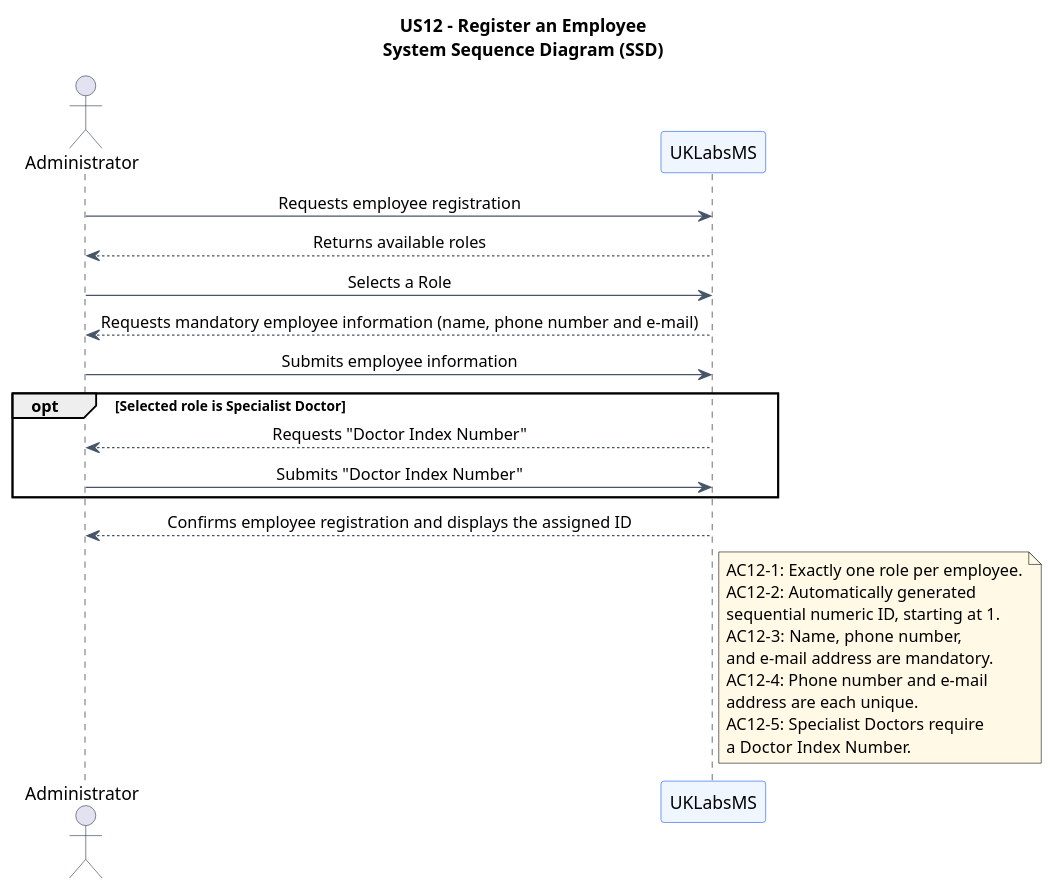
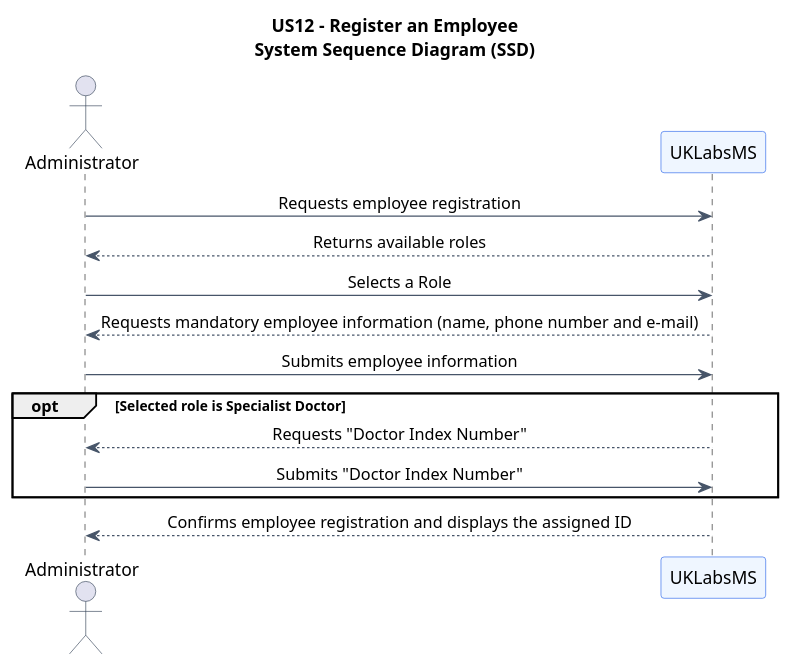
The diagram in docs/system-documentation/US12/puml/US12-SSD.puml (jmaia574/leti-esoft-26-27-B6), drawn with PlantUML before and after one commit. The commit also changed 44 other files, not shown here.

```diff
--- a/docs/system-documentation/US12/puml/US12-SSD.puml
+++ b/docs/system-documentation/US12/puml/US12-SSD.puml
@@ -1,46 +1,35 @@
 @startuml
 title US12 - Register an Employee\nSystem Sequence Diagram (SSD)
 
 skinparam backgroundColor #FFFFFF
 skinparam shadowing false
 skinparam sequenceMessageAlign center
 skinparam responseMessageBelowArrow true
 skinparam ParticipantBorderColor #2563EB
 skinparam ParticipantBackgroundColor #EFF6FF
 skinparam ActorBorderColor #334155
 skinparam ArrowColor #475569
 skinparam NoteBackgroundColor #FFF9E6
 
 actor "Administrator" as Admin
 participant "UKLabsMS" as System
 
 Admin -> System : Requests employee registration
 
 System --> Admin : Returns available roles
 
 Admin -> System : Selects a Role
 
 System --> Admin : Requests mandatory employee information (name, phone number and e-mail)
 
 Admin -> System : Submits employee information
 
 opt Selected role is Specialist Doctor
     System --> Admin : Requests "Doctor Index Number"
     Admin -> System : Submits "Doctor Index Number"
 end
 
 System --> Admin : Confirms employee registration and displays the assigned ID
 
-note right of System
-AC12-1: Exactly one role per employee.
-AC12-2: Automatically generated
-sequential numeric ID, starting at 1.
-AC12-3: Name, phone number,
-and e-mail address are mandatory.
-AC12-4: Phone number and e-mail
-address are each unique.
-AC12-5: Specialist Doctors require
-a Doctor Index Number.
-end note
 
 @enduml
```
